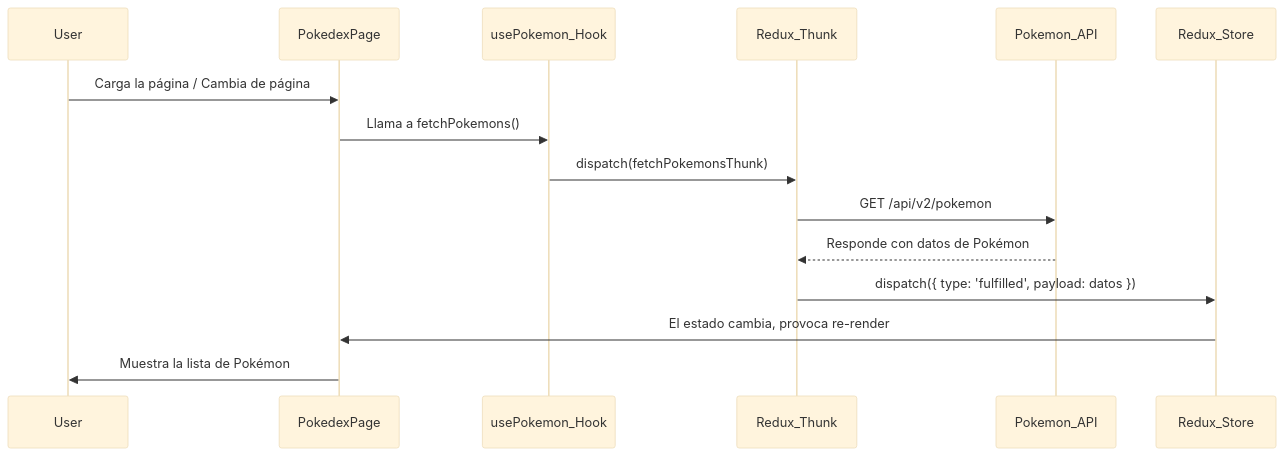
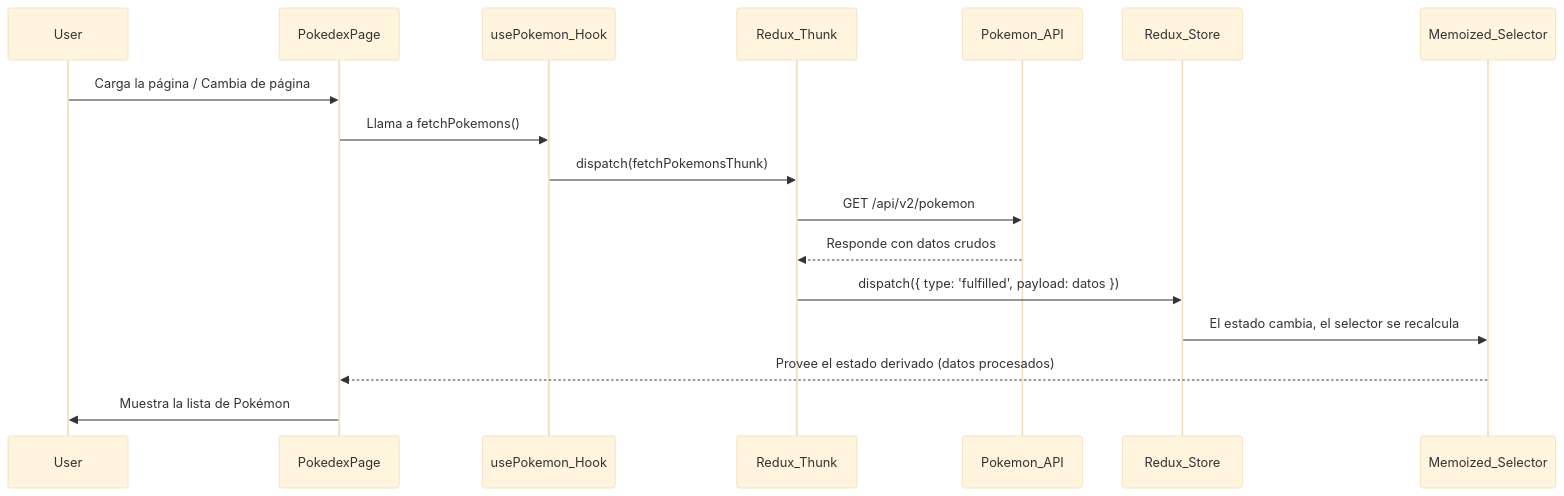
Before and after one commit to Slinkter/myprojectapi07: the second of 2 diagrams in src/docs/architecture/overview.md, drawn with Mermaid (base theme). The commit also changed other lines of this file and 3 other files, not shown here.

First line of the commit message:
docs: Update architecture and state management documentation

````diff
--- a/src/docs/architecture/overview.md
+++ b/src/docs/architecture/overview.md
@@ -102,18 +103,20 @@
 ```mermaid
 sequenceDiagram
     participant User
     participant PokedexPage
     participant usePokemon_Hook
     participant Redux_Thunk
     participant Pokemon_API
     participant Redux_Store
-
+    participant Memoized_Selector
+    
     User->>PokedexPage: Carga la página / Cambia de página
     PokedexPage->>usePokemon_Hook: Llama a fetchPokemons()
     usePokemon_Hook->>Redux_Thunk: dispatch(fetchPokemonsThunk)
     Redux_Thunk->>Pokemon_API: GET /api/v2/pokemon
-    Pokemon_API-->>Redux_Thunk: Responde con datos de Pokémon
+    Pokemon_API-->>Redux_Thunk: Responde con datos crudos
     Redux_Thunk->>Redux_Store: dispatch({ type: 'fulfilled', payload: datos })
-    Redux_Store->>PokedexPage: El estado cambia, provoca re-render
+    Redux_Store->>Memoized_Selector: El estado cambia, el selector se recalcula
+    Memoized_Selector-->>PokedexPage: Provee el estado derivado (datos procesados)
     PokedexPage->>User: Muestra la lista de Pokémon
 ```
````
